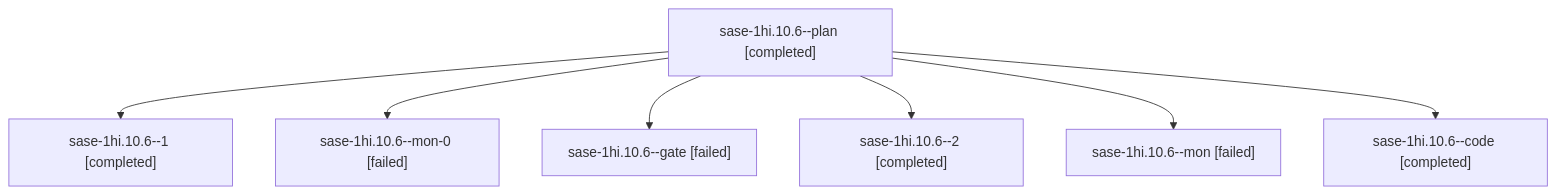
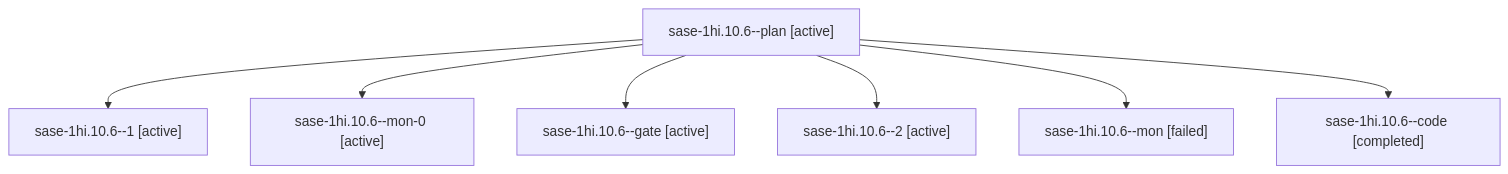
The diagram in sessions/bbugyi200.apollo.sase-1hi.10.6.md (sase-org/sase--agents), drawn with Mermaid before and after one commit. The commit also changed other lines of this file and 330 other files, not shown here.

````diff
--- a/sessions/bbugyi200.apollo.sase-1hi.10.6.md
+++ b/sessions/bbugyi200.apollo.sase-1hi.10.6.md
@@ -9,16 +9,16 @@
 ```mermaid
 flowchart TD
-  n0["sase-1hi.10.6--plan [completed]"]
-  n1["sase-1hi.10.6--1 [completed]"]
+  n0["sase-1hi.10.6--plan [active]"]
+  n1["sase-1hi.10.6--1 [active]"]
   n0 --> n1
-  n2["sase-1hi.10.6--mon-0 [failed]"]
+  n2["sase-1hi.10.6--mon-0 [active]"]
   n0 --> n2
-  n3["sase-1hi.10.6--gate [failed]"]
+  n3["sase-1hi.10.6--gate [active]"]
   n0 --> n3
-  n4["sase-1hi.10.6--2 [completed]"]
+  n4["sase-1hi.10.6--2 [active]"]
   n0 --> n4
   n5["sase-1hi.10.6--mon [failed]"]
   n0 --> n5
   n6["sase-1hi.10.6--code [completed]"]
   n0 --> n6
 ```
````
